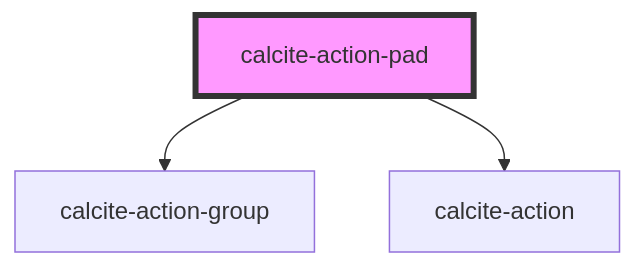
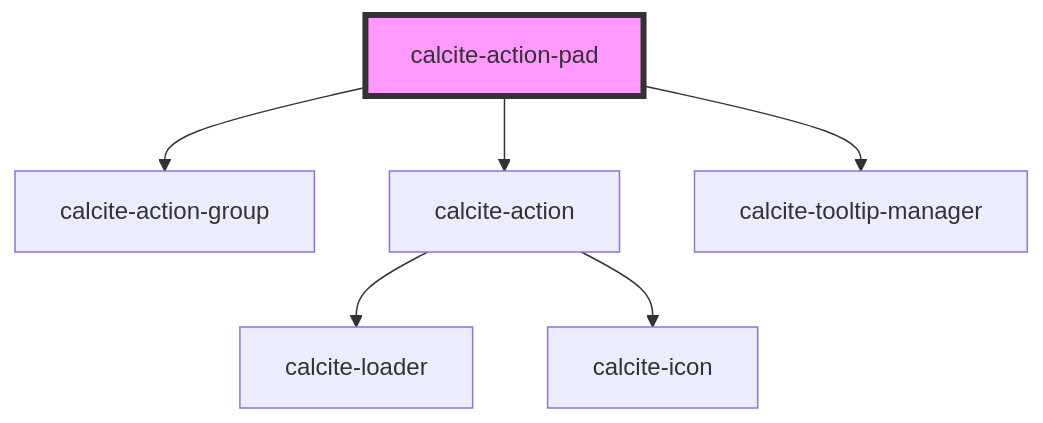
Before and after one commit to Esri/calcite-design-system: the diagram in src/components/calcite-action-pad/readme.md, drawn with Mermaid. The commit also changed other lines of this file and 27 other files, not shown here.

````diff
--- a/src/components/calcite-action-pad/readme.md
+++ b/src/components/calcite-action-pad/readme.md
@@ -87,6 +88,9 @@
 ```mermaid
 graph TD;
   calcite-action-pad --> calcite-action-group
   calcite-action-pad --> calcite-action
+  calcite-action-pad --> calcite-tooltip-manager
+  calcite-action --> calcite-loader
+  calcite-action --> calcite-icon
   style calcite-action-pad fill:#f9f,stroke:#333,stroke-width:4px
 ```
````
